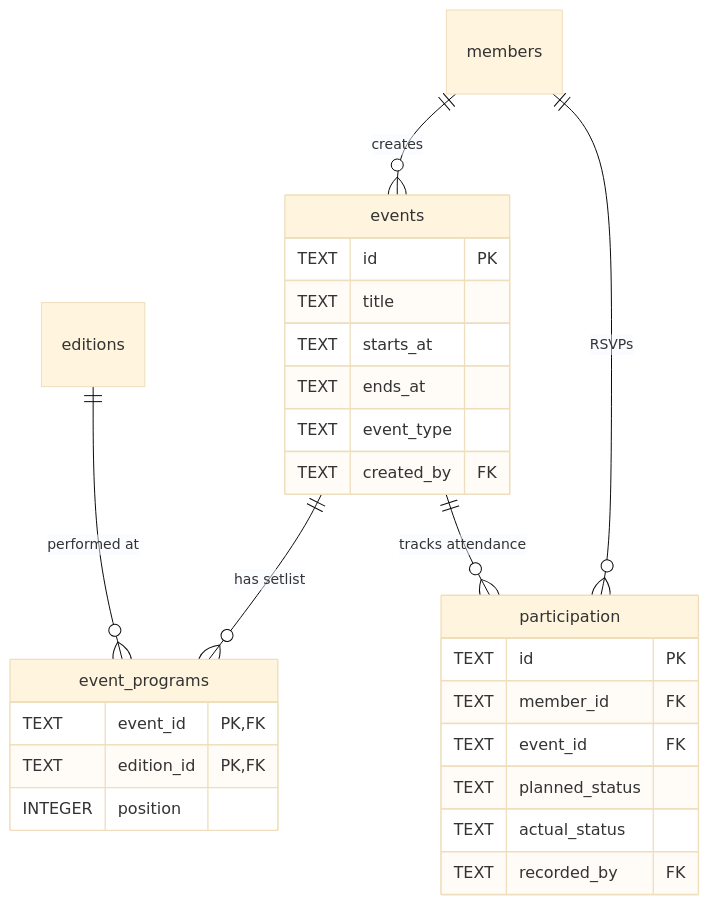
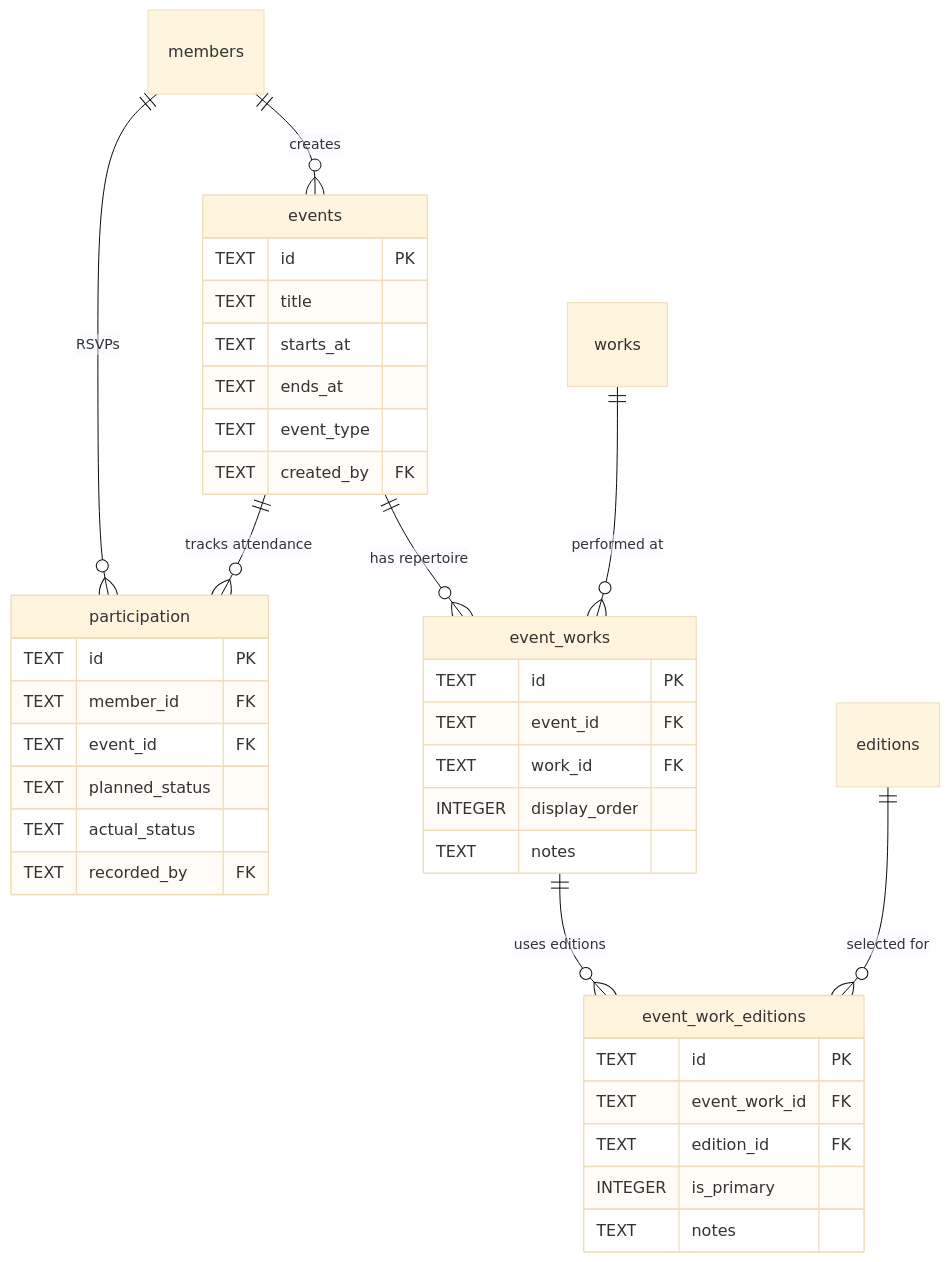
The sixth of 6 diagrams in docs/DATABASE-SCHEMA.md (mitselek/polyphony), drawn with Mermaid (base theme) before and after one commit. The commit also changed other lines of this file and 10 other files, not shown here.

First line of the commit message:
refactor: deprecate event_programs in favor of event_works

````diff
--- a/docs/DATABASE-SCHEMA.md
+++ b/docs/DATABASE-SCHEMA.md
@@ -522,32 +522,44 @@
 ```mermaid
 erDiagram
     members ||--o{ events : "creates"
     members ||--o{ participation : "RSVPs"
-    events ||--o{ event_programs : "has setlist"
+    events ||--o{ event_works : "has repertoire"
     events ||--o{ participation : "tracks attendance"
-    editions ||--o{ event_programs : "performed at"
+    works ||--o{ event_works : "performed at"
+    event_works ||--o{ event_work_editions : "uses editions"
+    editions ||--o{ event_work_editions : "selected for"
 
     events {
         TEXT id PK
         TEXT title
         TEXT starts_at
         TEXT ends_at
         TEXT event_type
         TEXT created_by FK
     }
 
-    event_programs {
-        TEXT event_id PK,FK
-        TEXT edition_id PK,FK
-        INTEGER position
+    event_works {
+        TEXT id PK
+        TEXT event_id FK
+        TEXT work_id FK
+        INTEGER display_order
+        TEXT notes
+    }
+
+    event_work_editions {
+        TEXT id PK
+        TEXT event_work_id FK
+        TEXT edition_id FK
+        INTEGER is_primary
+        TEXT notes
     }
 
     participation {
         TEXT id PK
         TEXT member_id FK
         TEXT event_id FK
         TEXT planned_status
         TEXT actual_status
         TEXT recorded_by FK
     }
 ```
````
